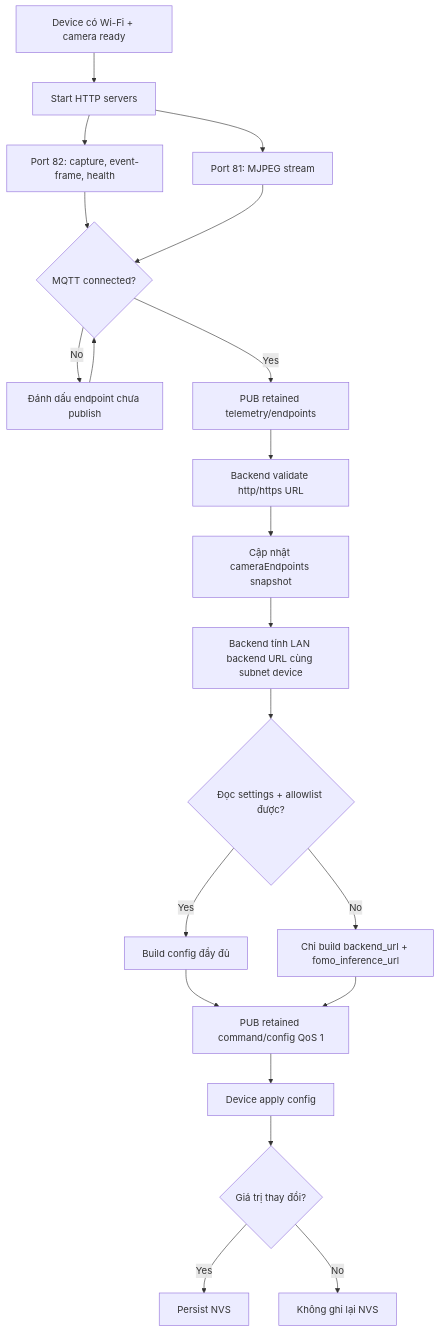
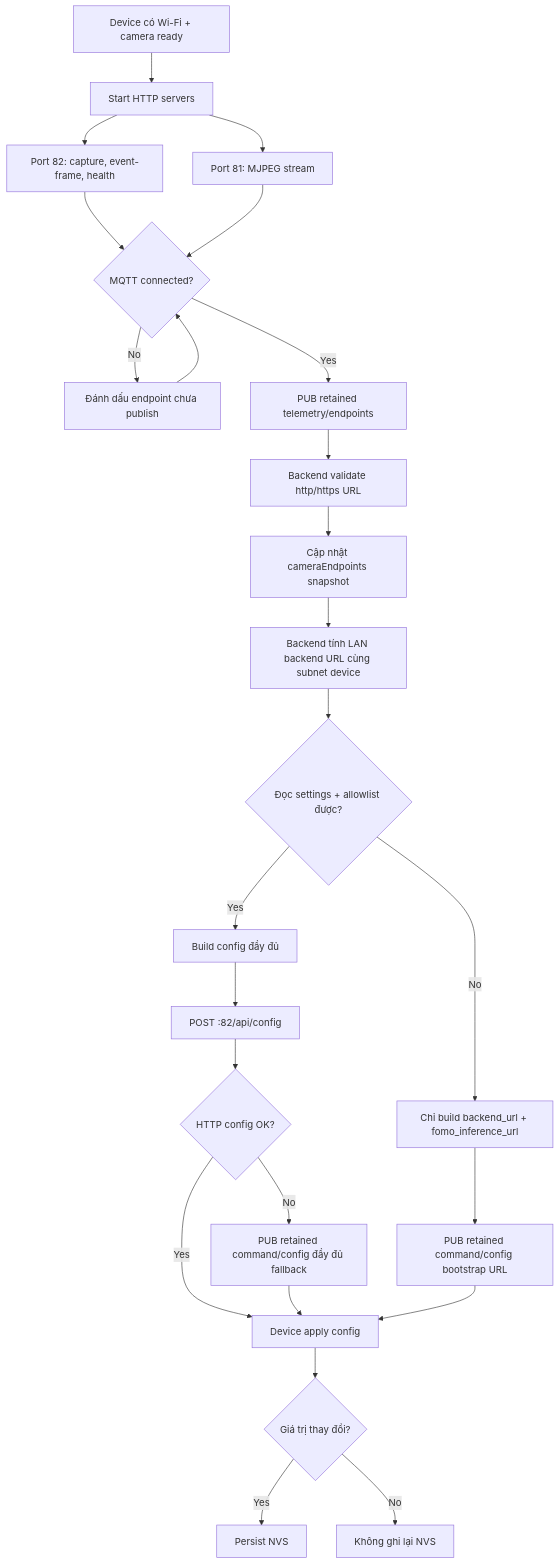
The third of 17 diagrams in docs/EDGEGUARD_FLOWS.md (ntntran09/EdgeGuard), drawn with Mermaid before and after one commit. The commit also changed other lines of this file, not shown here.

Commit message:
docs: update EdgeGuard HTTP flows

````diff
--- a/docs/EDGEGUARD_FLOWS.md
+++ b/docs/EDGEGUARD_FLOWS.md
@@ -144,23 +150,27 @@
 ```mermaid
 flowchart TD
     A[Device có Wi-Fi + camera ready] --> B[Start HTTP servers]
     B --> C[Port 82: capture, event-frame, health]
     B --> D[Port 81: MJPEG stream]
     C --> E{MQTT connected?}
     D --> E
     E -- No --> F[Đánh dấu endpoint chưa publish]
     F --> E
     E -- Yes --> G[PUB retained telemetry/endpoints]
     G --> H[Backend validate http/https URL]
     H --> I[Cập nhật cameraEndpoints snapshot]
     I --> J[Backend tính LAN backend URL cùng subnet device]
     J --> K{Đọc settings + allowlist được?}
     K -- Yes --> L[Build config đầy đủ]
     K -- No --> M[Chỉ build backend_url + fomo_inference_url]
-    L --> N[PUB retained command/config QoS 1]
-    M --> N
-    N --> O[Device apply config]
-    O --> P{Giá trị thay đổi?}
-    P -- Yes --> Q[Persist NVS]
-    P -- No --> R[Không ghi lại NVS]
+    L --> N[POST :82/api/config]
+    M --> N2[PUB retained command/config bootstrap URL]
+    N --> O{HTTP config OK?}
+    O -- Yes --> P[Device apply config]
+    O -- No --> Q[PUB retained command/config đầy đủ fallback]
+    Q --> P
+    N2 --> P
+    P --> R{Giá trị thay đổi?}
+    R -- Yes --> S[Persist NVS]
+    R -- No --> T[Không ghi lại NVS]
 ```
````
